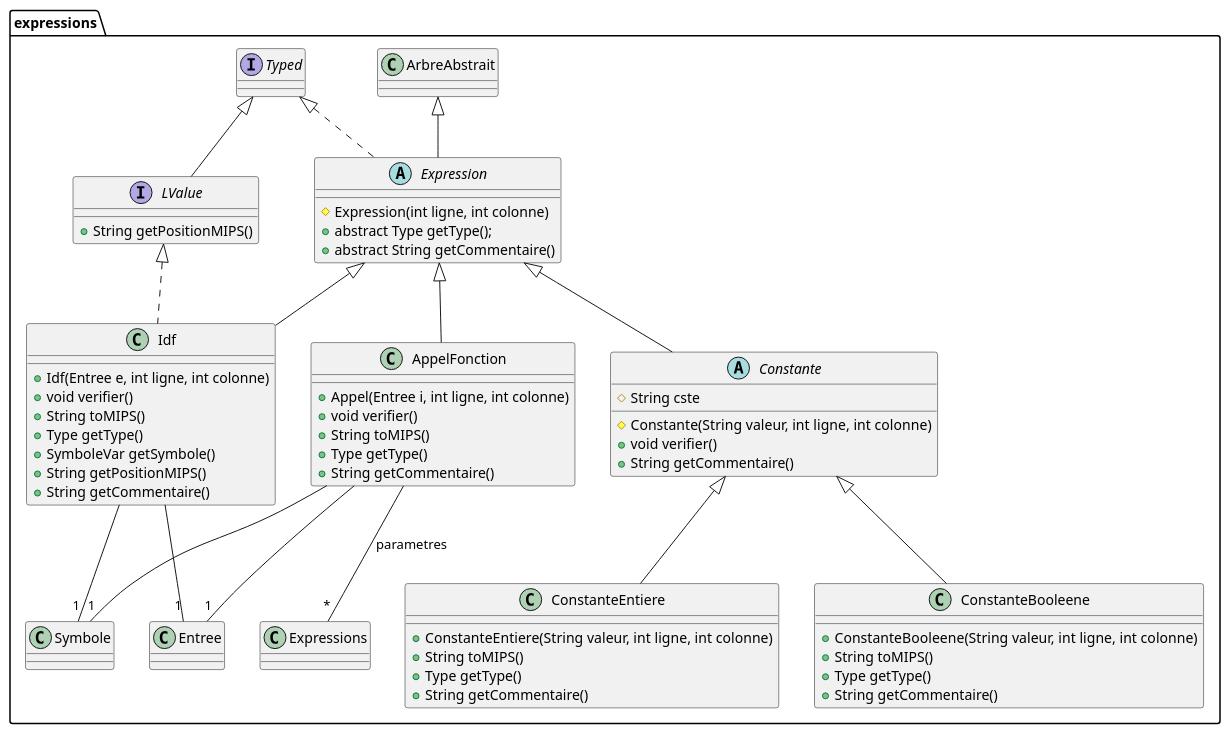
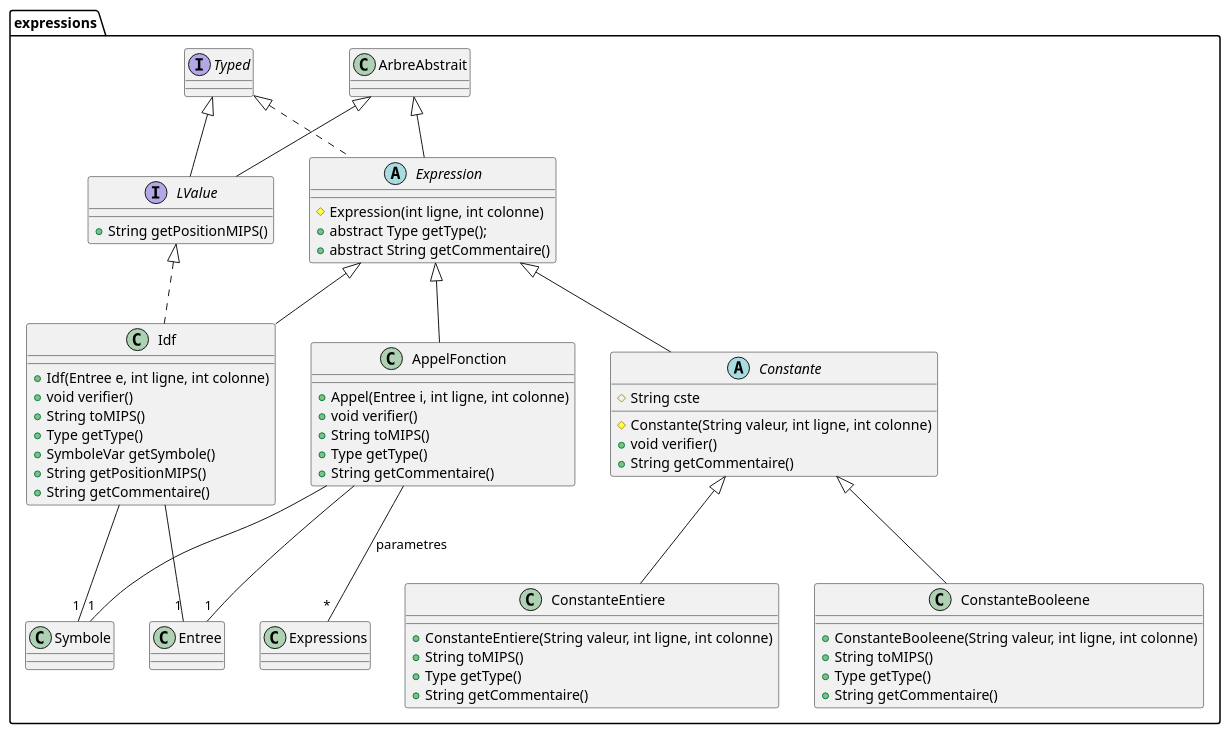
Before and after one commit to wehddn/L3-Compilation-Projet: the diagram in src/Diagrammes/arbre.expressions.puml, drawn with PlantUML. The commit also changed 16 other files, not shown here.

Commit message:
Nouvelle fonctionnalité (Pair Programming) - Modification du diagramme de classe - Le compilateur génère du mips qui donne un bon résultat pour toutes les instructions de zoot3 (à vérifier) - Changement de version

```diff
--- a/src/Diagrammes/arbre.expressions.puml
+++ b/src/Diagrammes/arbre.expressions.puml
@@ -1,62 +1,62 @@
 @startuml
 package expressions {
 	class AppelFonction extends Expression {
 		+ Appel(Entree i, int ligne, int colonne)
 		+ void verifier()
 		+ String toMIPS()
 		+ Type getType()
 		+ String getCommentaire()
 	}
 	AppelFonction --"1" Entree
 	AppelFonction --"1" Symbole
 	AppelFonction --"*" Expressions : parametres
 
 
 
 	abstract class Constante extends Expression {
 		# String cste
 		# Constante(String valeur, int ligne, int colonne)
 		+ void verifier()
 		+ String getCommentaire()
 	}
 
 	class ConstanteBooleene extends Constante {
 		+ ConstanteBooleene(String valeur, int ligne, int colonne)
 		+ String toMIPS()
 		+ Type getType()
 		+ String getCommentaire()
 	}
 
 	class ConstanteEntiere extends Constante {
 		+ ConstanteEntiere(String valeur, int ligne, int colonne)
 		+ String toMIPS()
 		+ Type getType()
 		+ String getCommentaire()
 	}
 
 
 	abstract class Expression extends ArbreAbstrait implements Typed{
 		# Expression(int ligne, int colonne)
 		+ abstract Type getType();
 		+ abstract String getCommentaire()
 	}
 
 	class Idf extends Expression implements LValue {
 		+ Idf(Entree e, int ligne, int colonne)
 		+ void verifier()
 		+ String toMIPS()
 		+ Type getType()
 		+ SymboleVar getSymbole()
 		+ String getPositionMIPS()
 		+ String getCommentaire()
 	}
 	Idf --"1" Symbole
 	Idf --"1" Entree
 
-	interface LValue implements Typed {
+	interface LValue extends ArbreAbstrait implements Typed {
 		+ String getPositionMIPS()
 	}
 
 
 }
 @enduml
```
